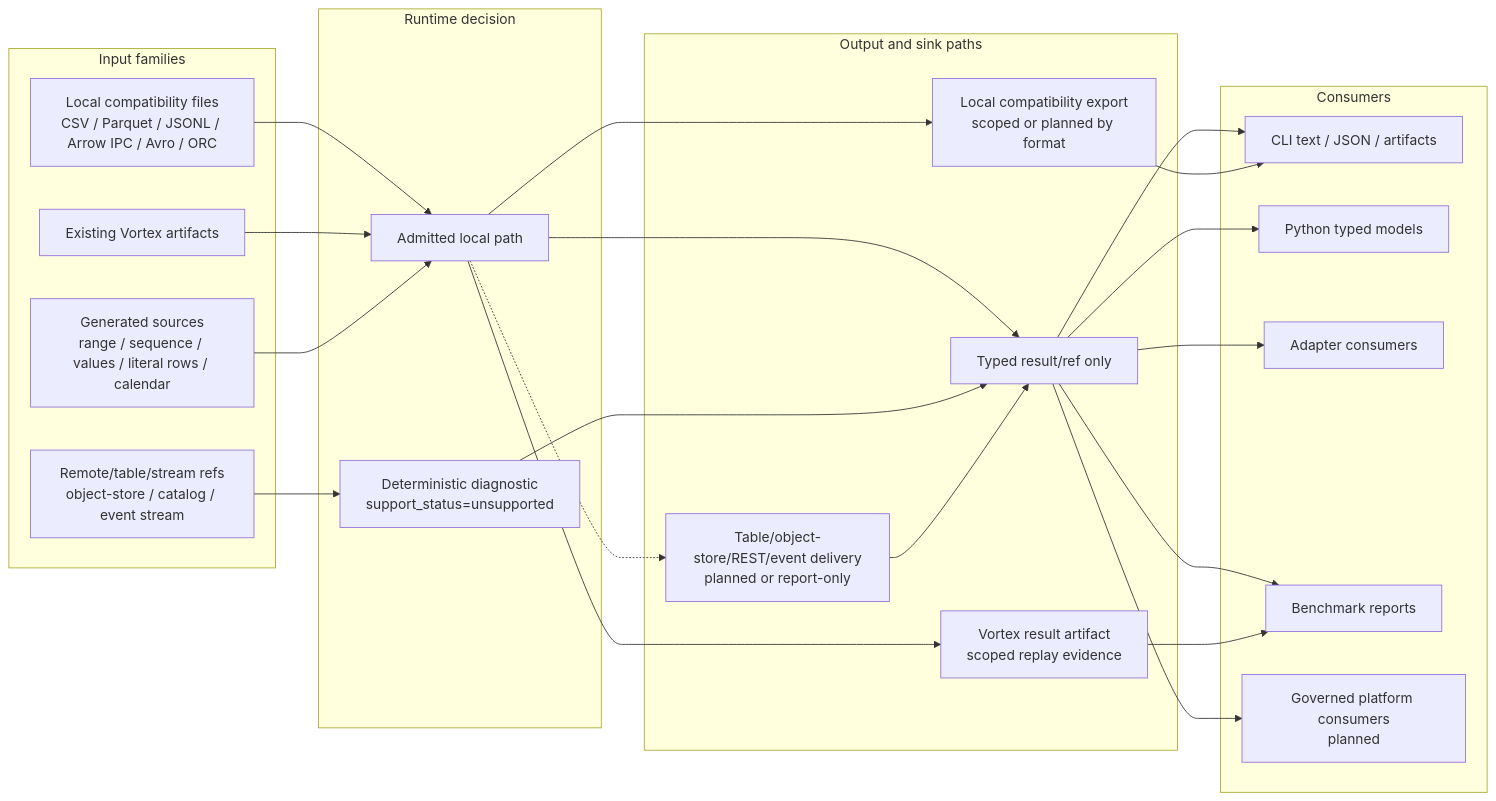
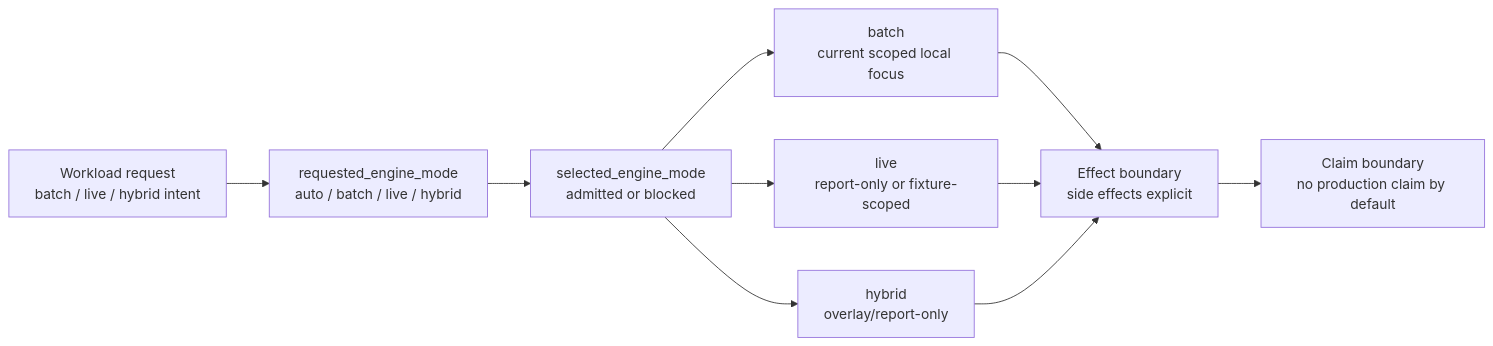
Before and after one commit to depsilon/shardloom: the fifth of 8 diagrams in website/assets/data/compute-engine-flow-reference.md, drawn with Mermaid. The commit also changed other lines of this file and 14 other files, not shown here.

Commit message:
Split release gates and clarify compute flow (#1141)

````diff
--- a/website/assets/data/compute-engine-flow-reference.md
+++ b/website/assets/data/compute-engine-flow-reference.md
@@ -790,47 +501,16 @@
 ```mermaid
 flowchart LR
-    subgraph SOURCES["Input families"]
-        LOCAL["Local compatibility files<br/>CSV / Parquet / JSONL / Arrow IPC / Avro / ORC"]
-        VORTEX["Existing Vortex artifacts"]
-        GENERATED["Generated sources<br/>range / sequence / values / literal rows / calendar"]
-        REMOTE["Remote/table/stream refs<br/>object-store / catalog / event stream"]
-    end
+    WORKLOAD["Workload request<br/>batch / live / hybrid intent"]
+    REQUESTED["requested_engine_mode<br/>auto / batch / live / hybrid"]
+    SELECTED["selected_engine_mode<br/>admitted or blocked"]
+    BATCH["batch<br/>current scoped local focus"]
+    LIVE["live<br/>report-only or fixture-scoped"]
+    HYBRID["hybrid<br/>overlay/report-only"]
+    EFFECTS["Effect boundary<br/>side effects explicit"]
+    CLAIMS["Claim boundary<br/>no production claim by default"]
 
-    subgraph DECISION["Runtime decision"]
-        ADMIT["Admitted local path"]
-        BLOCK["Deterministic diagnostic<br/>support_status=unsupported"]
-    end
-
-    subgraph SINKS["Output and sink paths"]
-        RESULT["Typed result/ref only"]
-        VORTEX_OUT["Vortex result artifact<br/>scoped replay evidence"]
-        LOCAL_EXPORT["Local compatibility export<br/>scoped or planned by format"]
-        PLATFORM_OUT["Table/object-store/REST/event delivery<br/>planned or report-only"]
-    end
-
-    subgraph CONSUMERS["Consumers"]
-        CLI_OUT["CLI text / JSON / artifacts"]
-        PY_OUT["Python typed models"]
-        ADAPTER_OUT["Adapter consumers"]
-        BENCH_OUT["Benchmark reports"]
-        PLATFORM_CONSUMER["Governed platform consumers<br/>planned"]
-    end
-
-    LOCAL --> ADMIT
-    VORTEX --> ADMIT
-    GENERATED --> ADMIT
-    REMOTE --> BLOCK
-    ADMIT --> RESULT
-    ADMIT --> VORTEX_OUT
-    ADMIT --> LOCAL_EXPORT
-    ADMIT -.-> PLATFORM_OUT
-    BLOCK --> RESULT
-    PLATFORM_OUT --> RESULT
-    RESULT --> CLI_OUT
-    RESULT --> PY_OUT
-    RESULT --> ADAPTER_OUT
-    RESULT --> BENCH_OUT
-    RESULT --> PLATFORM_CONSUMER
-    VORTEX_OUT --> BENCH_OUT
-    LOCAL_EXPORT --> CLI_OUT
+    WORKLOAD --> REQUESTED --> SELECTED
+    SELECTED --> BATCH --> EFFECTS --> CLAIMS
+    SELECTED --> LIVE --> EFFECTS
+    SELECTED --> HYBRID --> EFFECTS
 ```
````
